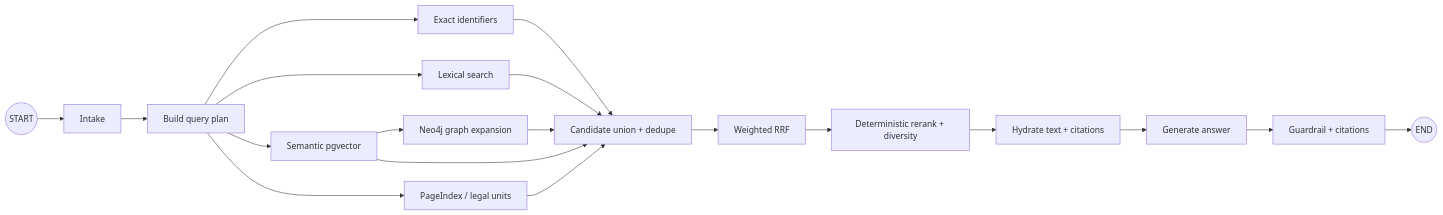
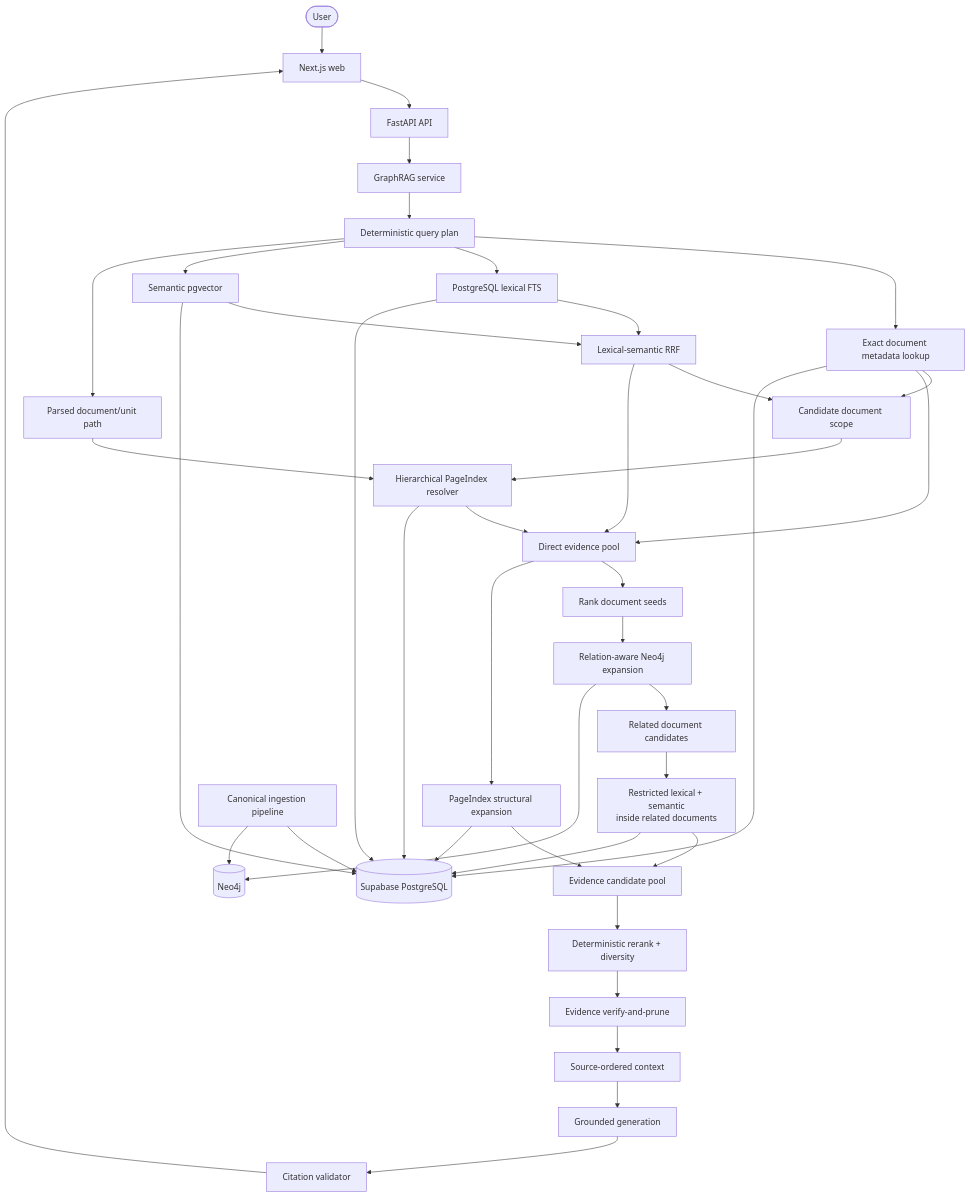
One commit to HOANGQUANGMINH371195/TEAM_GENIUS changed the first of 2 diagrams in ARCHITECTURE.md. Above: the diagram before and after it, drawn with Mermaid. The commit also changed other lines of this file, not shown here.

Commit message:
Update Final Architecture

````diff
--- a/ARCHITECTURE.md
+++ b/ARCHITECTURE.md
@@ -54,21 +77,48 @@
 ```mermaid
-graph LR
-    Start((START)) --> Intake[Intake]
-    Intake --> Plan[Build query plan]
-    Plan --> Exact[Exact identifiers]
-    Plan --> Lexical[Lexical search]
-    Plan --> Semantic[Semantic pgvector]
-    Plan --> PageIndex[PageIndex / legal units]
-    Semantic --> Expand[Neo4j graph expansion]
-    Exact --> Candidates[Candidate union + dedupe]
-    Lexical --> Candidates
-    Semantic --> Candidates
-    PageIndex --> Candidates
-    Expand --> Candidates
-    Candidates --> RRF[Weighted RRF]
-    RRF --> Rerank[Deterministic rerank + diversity]
-    Rerank --> Context[Hydrate text + citations]
-    Context --> Generate[Generate answer]
-    Generate --> Guardrail[Guardrail + citations]
-    Guardrail --> End((END))
+flowchart TB
+    User([User]) --> Web[Next.js web]
+    Web --> API[FastAPI API]
+    API --> Service[GraphRAG service]
+    Service --> Plan[Deterministic query plan]
+
+    Plan --> ExactDoc[Exact document metadata lookup]
+    Plan --> Lex[PostgreSQL lexical FTS]
+    Plan --> Sem[Semantic pgvector]
+    Plan --> UnitHints[Parsed document/unit path]
+
+    Lex --> Fusion[Lexical-semantic RRF]
+    Sem --> Fusion
+    Fusion --> DocScope[Candidate document scope]
+    ExactDoc --> DocScope
+    UnitHints --> UnitResolve[Hierarchical PageIndex resolver]
+    DocScope --> UnitResolve
+    Fusion --> Direct[Direct evidence pool]
+    ExactDoc --> Direct
+    UnitResolve --> Direct
+
+    Direct --> Seeds[Rank document seeds]
+    Seeds --> Graph[Relation-aware Neo4j expansion]
+    Graph --> RelatedDocs[Related document candidates]
+    RelatedDocs --> Restricted[Restricted lexical + semantic<br/>inside related documents]
+
+    Direct --> Structure[PageIndex structural expansion]
+    Restricted --> Pool[Evidence candidate pool]
+    Structure --> Pool
+
+    Pool --> Rerank[Deterministic rerank + diversity]
+    Rerank --> Verify[Evidence verify-and-prune]
+    Verify --> Context[Source-ordered context]
+    Context --> Generate[Grounded generation]
+    Generate --> CiteCheck[Citation validator]
+    CiteCheck --> Web
+
+    Pipeline[Canonical ingestion pipeline] --> PG[(Supabase PostgreSQL)]
+    Pipeline --> Neo[(Neo4j)]
+    ExactDoc --> PG
+    Lex --> PG
+    Sem --> PG
+    UnitResolve --> PG
+    Structure --> PG
+    Graph --> Neo
+    Restricted --> PG
 ```
````
